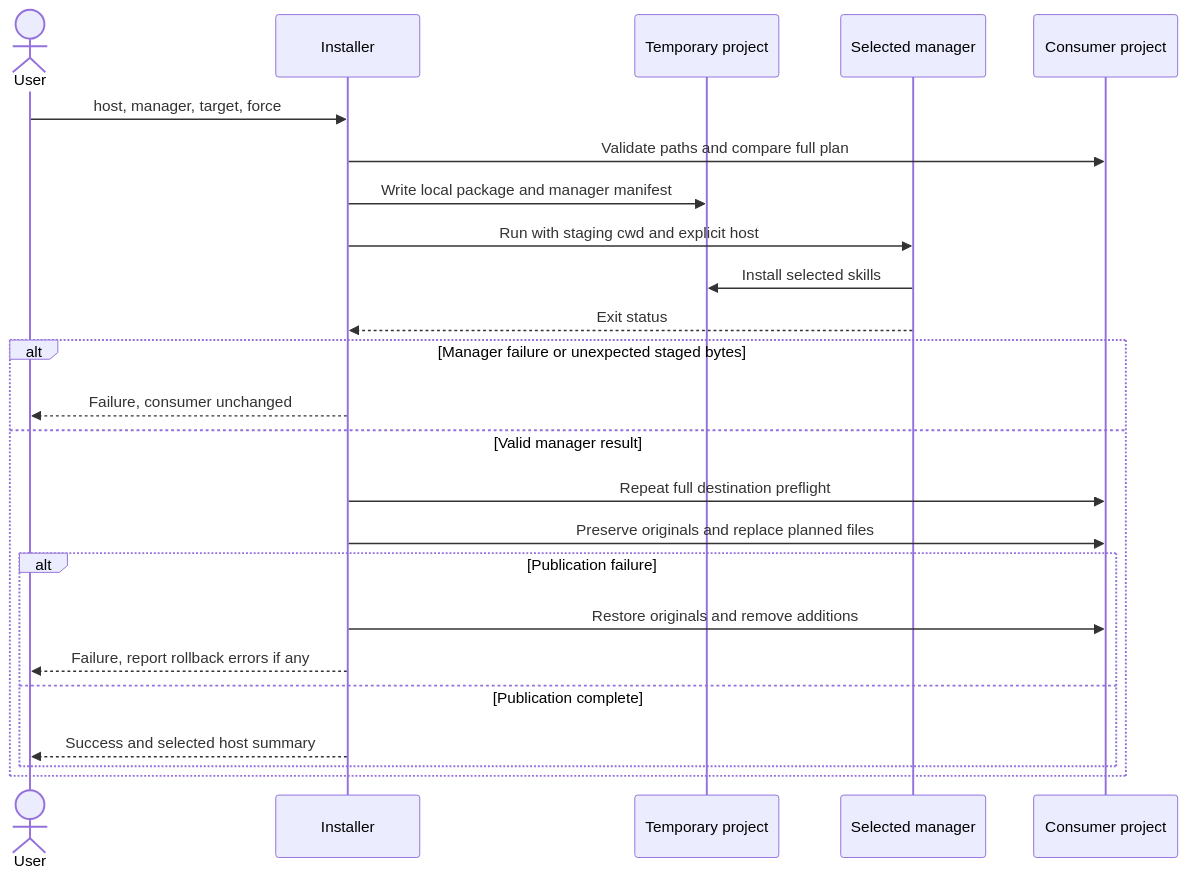
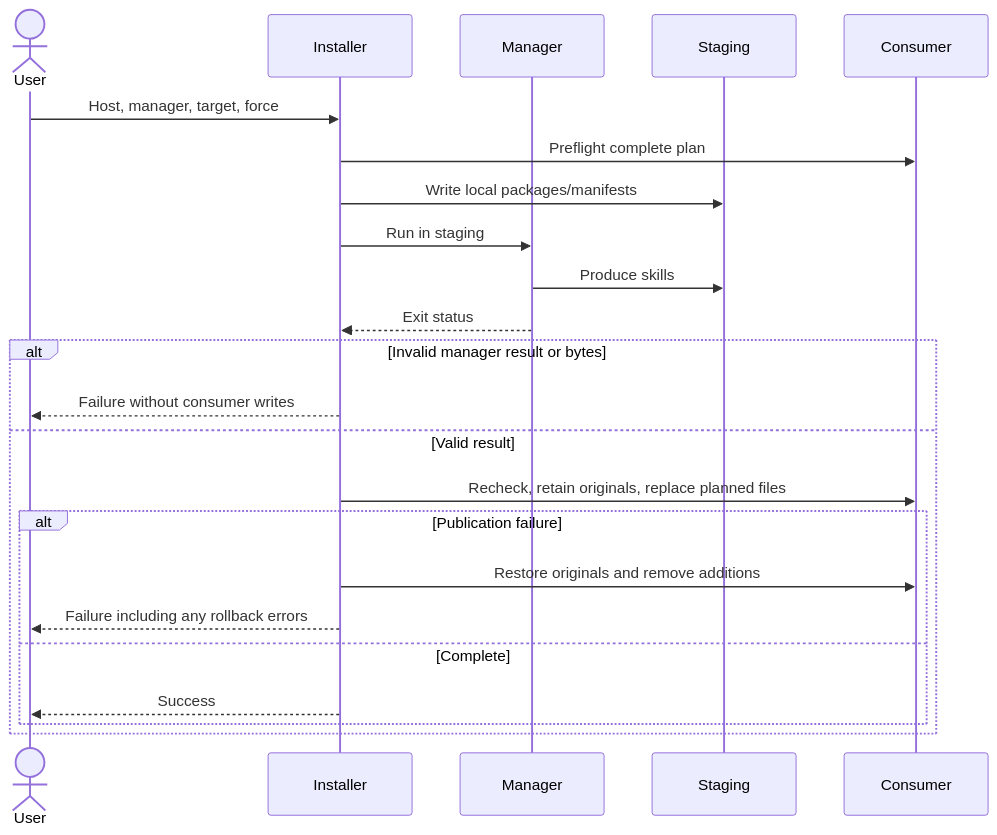
Before and after one commit to RLittlesII/agents: the third of 3 diagrams in install/.spec/README.md, drawn with Mermaid. The commit also changed other lines of this file and 34 other files, not shown here.

````diff
--- a/install/.spec/README.md
+++ b/install/.spec/README.md
@@ -343,26 +244,25 @@
 ```mermaid
 sequenceDiagram
   actor User
   participant Installer
-  participant Staging as Temporary project
-  participant Manager as Selected manager
-  participant Project as Consumer project
-  User->>Installer: host, manager, target, force
-  Installer->>Project: Validate paths and compare full plan
-  Installer->>Staging: Write local package and manager manifest
-    Installer->>Manager: Run with staging cwd and explicit host
-  Manager->>Staging: Install selected skills
+  participant Manager
+  participant Staging
+  participant Consumer
+  User->>Installer: Host, manager, target, force
+  Installer->>Consumer: Preflight complete plan
+  Installer->>Staging: Write local packages/manifests
+  Installer->>Manager: Run in staging
+  Manager->>Staging: Produce skills
   Manager-->>Installer: Exit status
-  alt Manager failure or unexpected staged bytes
-    Installer-->>User: Failure, consumer unchanged
-  else Valid manager result
-    Installer->>Project: Repeat full destination preflight
-    Installer->>Project: Preserve originals and replace planned files
+  alt Invalid manager result or bytes
+    Installer-->>User: Failure without consumer writes
+  else Valid result
+    Installer->>Consumer: Recheck, retain originals, replace planned files
     alt Publication failure
-      Installer->>Project: Restore originals and remove additions
-      Installer-->>User: Failure, report rollback errors if any
-    else Publication complete
-      Installer-->>User: Success and selected host summary
+      Installer->>Consumer: Restore originals and remove additions
+      Installer-->>User: Failure including any rollback errors
+    else Complete
+      Installer-->>User: Success
     end
   end
 ```
````
